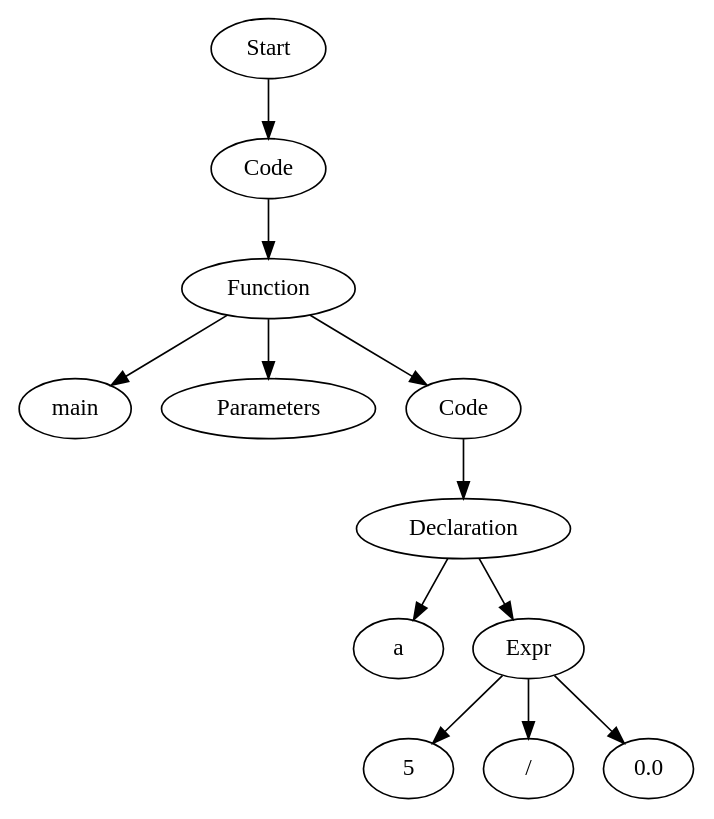
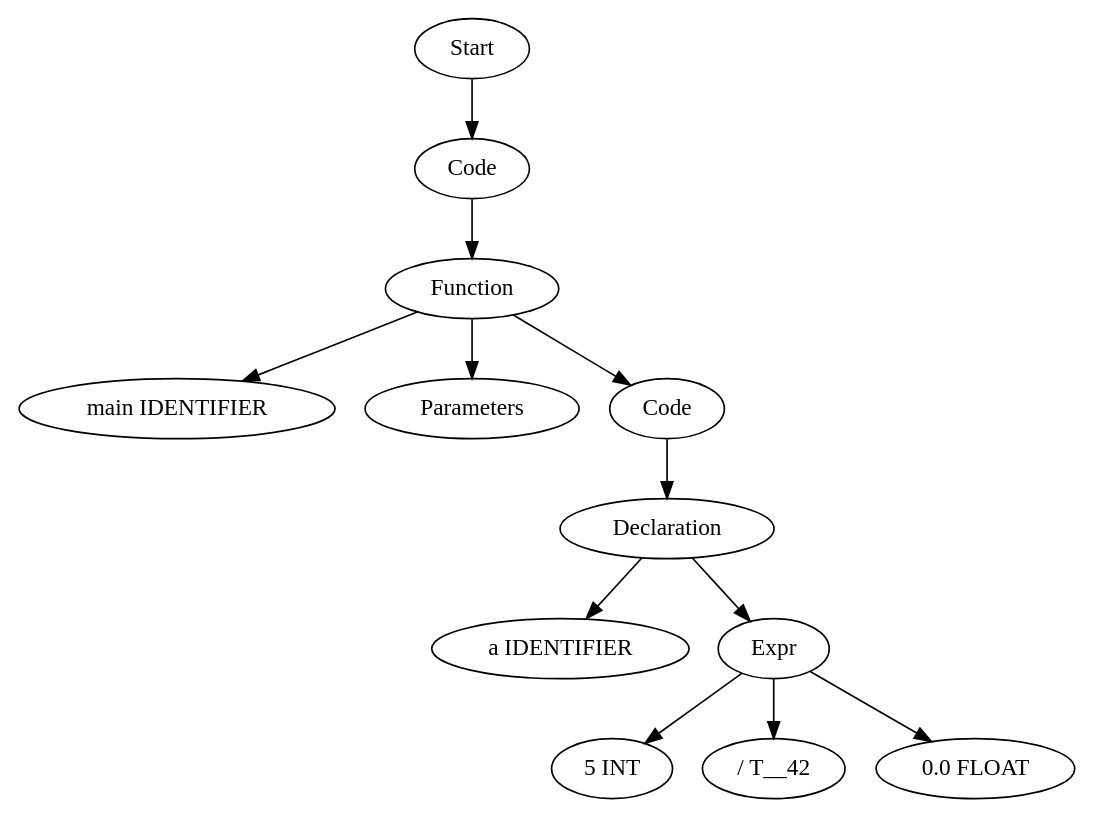
One commit to Are-you-listening/Compilers changed the diagram in TestCases/ASTTests/ConstantFoldingTests/CreateTests/read_file_before.dot. Above: the diagram before and after it, drawn with Graphviz. The commit also changed 50 other files, not shown here.

```diff
--- a/TestCases/ASTTests/ConstantFoldingTests/CreateTests/read_file_before.dot
+++ b/TestCases/ASTTests/ConstantFoldingTests/CreateTests/read_file_before.dot
@@ -1,25 +1,25 @@
 digraph AST {
-  "125489017233440" [label="Start"];
-  "125489017233440" -> "125489017236080";
-  "125489017236080" [label="Code"];
-  "125489017236080" -> "125489017227824";
-  "125489017227824" [label="Function"];
-  "125489017227824" -> "125489017236368";
-  "125489017227824" -> "125489017238240";
-  "125489017227824" -> "125489017241168";
-  "125489017236368" [label="main"];
-  "125489017238240" [label="Parameters"];
-  "125489017241168" [label="Code"];
-  "125489017241168" -> "125489017232960";
-  "125489017232960" [label="Declaration"];
-  "125489017232960" -> "125489017240544";
-  "125489017232960" -> "125489017235408";
-  "125489017240544" [label="a"];
-  "125489017235408" [label="Expr"];
-  "125489017235408" -> "125489017348464";
-  "125489017235408" -> "125489017240592";
-  "125489017235408" -> "125489017348416";
-  "125489017348464" [label="5"];
-  "125489017240592" [label="/"];
-  "125489017348416" [label="0.0"];
+  "135872803240544" [label="Start"];
+  "135872803240544" -> "135872803234496";
+  "135872803234496" [label="Code"];
+  "135872803234496" -> "135872803237616";
+  "135872803237616" [label="Function"];
+  "135872803237616" -> "135872803240592";
+  "135872803237616" -> "135872803239344";
+  "135872803237616" -> "135872803394736";
+  "135872803240592" [label="main IDENTIFIER"];
+  "135872803239344" [label="Parameters"];
+  "135872803394736" [label="Code"];
+  "135872803394736" -> "135872803396944";
+  "135872803396944" [label="Declaration"];
+  "135872803396944" -> "135872803392528";
+  "135872803396944" -> "135872803390848";
+  "135872803392528" [label="a IDENTIFIER"];
+  "135872803390848" [label="Expr"];
+  "135872803390848" -> "135872803398240";
+  "135872803390848" -> "135872803397472";
+  "135872803390848" -> "135872803396992";
+  "135872803398240" [label="5 INT"];
+  "135872803397472" [label="/ T__42"];
+  "135872803396992" [label="0.0 FLOAT"];
 }
```
